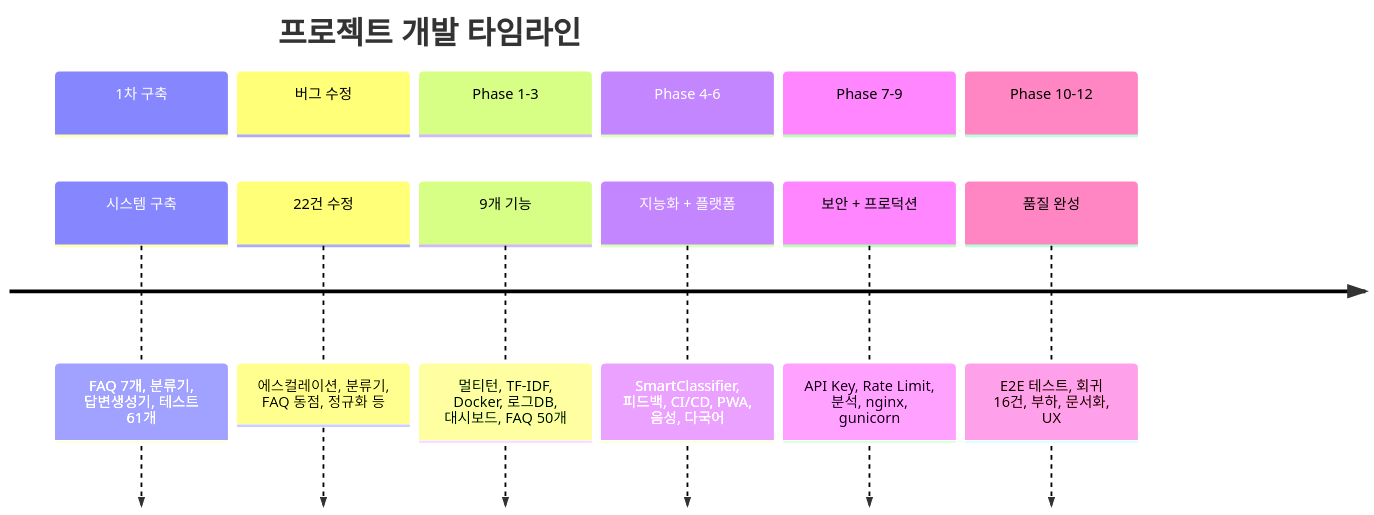
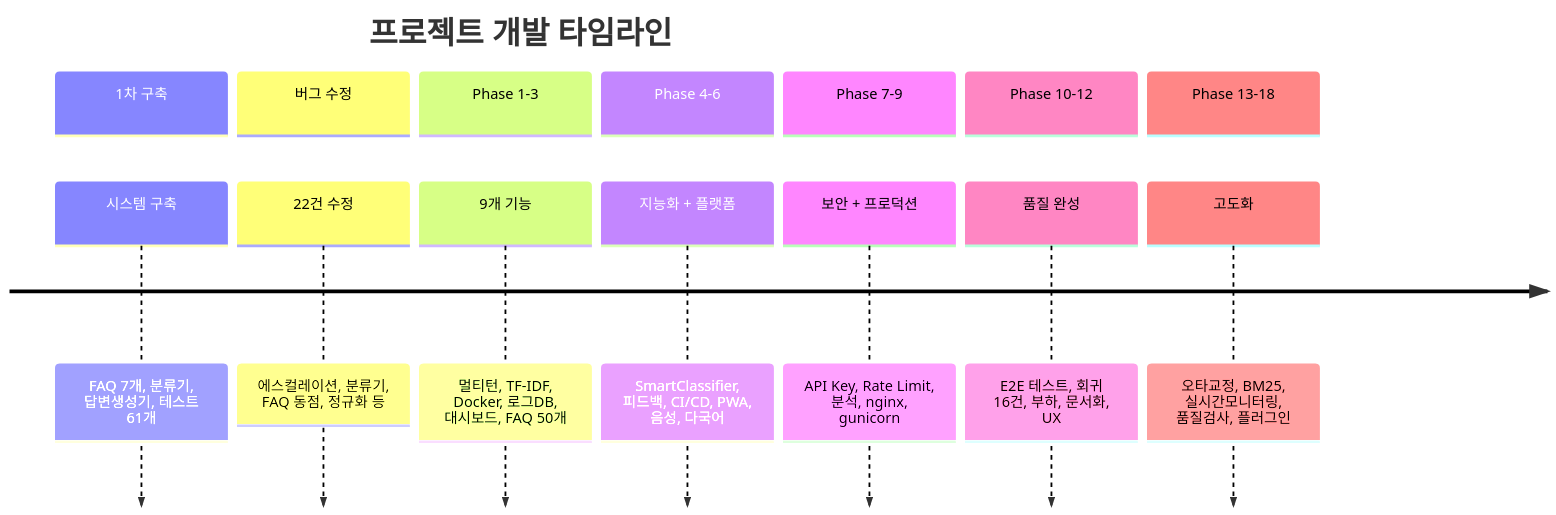
Before and after one commit to sun475300-sudo/bonded-exhibition-chatbot-data: the sixth of 6 diagrams in README.md, drawn with Mermaid. The commit also changed other lines of this file and 1 other file, not shown here.

First line of the commit message:
docs: v4.0.0 README + CHANGELOG 업데이트 (469개 테스트, Phase 13-18)

````diff
--- a/README.md
+++ b/README.md
@@ -327,16 +338,18 @@
 ```mermaid
 timeline
     title 프로젝트 개발 타임라인
     section 1차 구축
         시스템 구축 : FAQ 7개, 분류기, 답변생성기, 테스트 61개
     section 버그 수정
         22건 수정 : 에스컬레이션, 분류기, FAQ 동점, 정규화 등
     section Phase 1-3
         9개 기능 : 멀티턴, TF-IDF, Docker, 로그DB, 대시보드, FAQ 50개
     section Phase 4-6
         지능화 + 플랫폼 : SmartClassifier, 피드백, CI/CD, PWA, 음성, 다국어
     section Phase 7-9
         보안 + 프로덕션 : API Key, Rate Limit, 분석, nginx, gunicorn
     section Phase 10-12
         품질 완성 : E2E 테스트, 회귀 16건, 부하, 문서화, UX
+    section Phase 13-18
+        고도화 : 오타교정, BM25, 실시간모니터링, 품질검사, 플러그인
 ```
````
